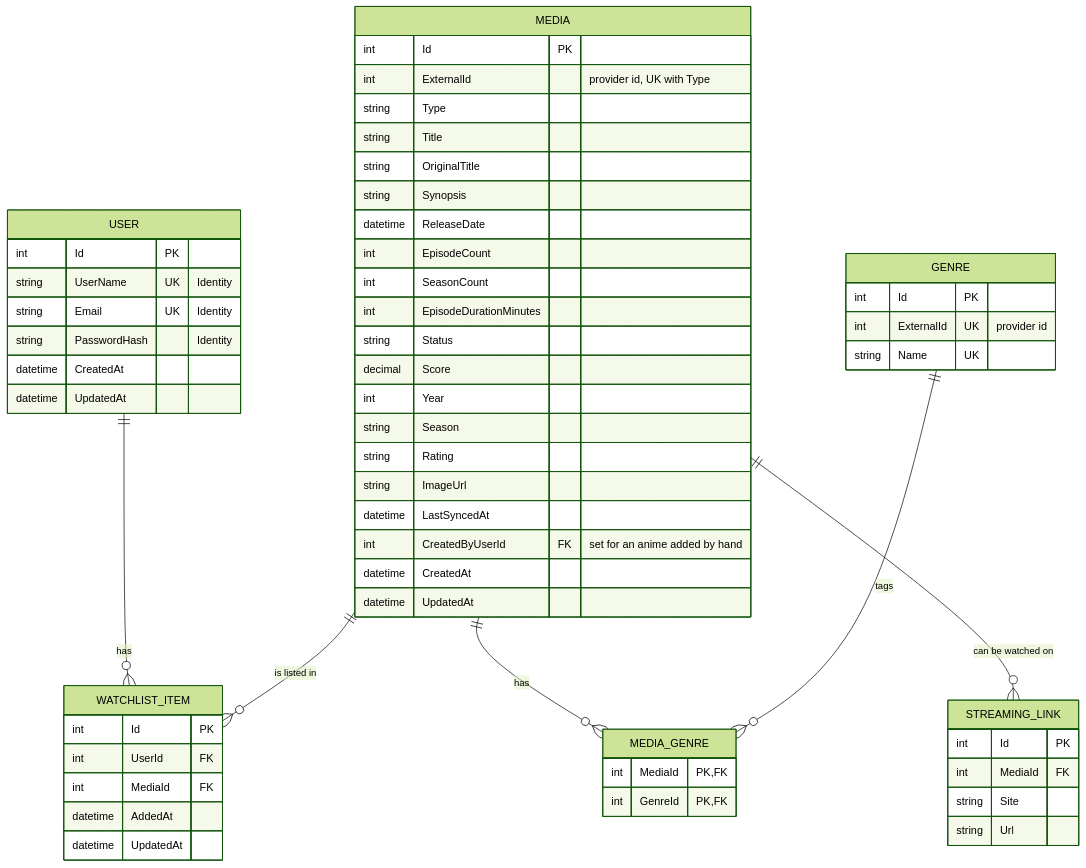
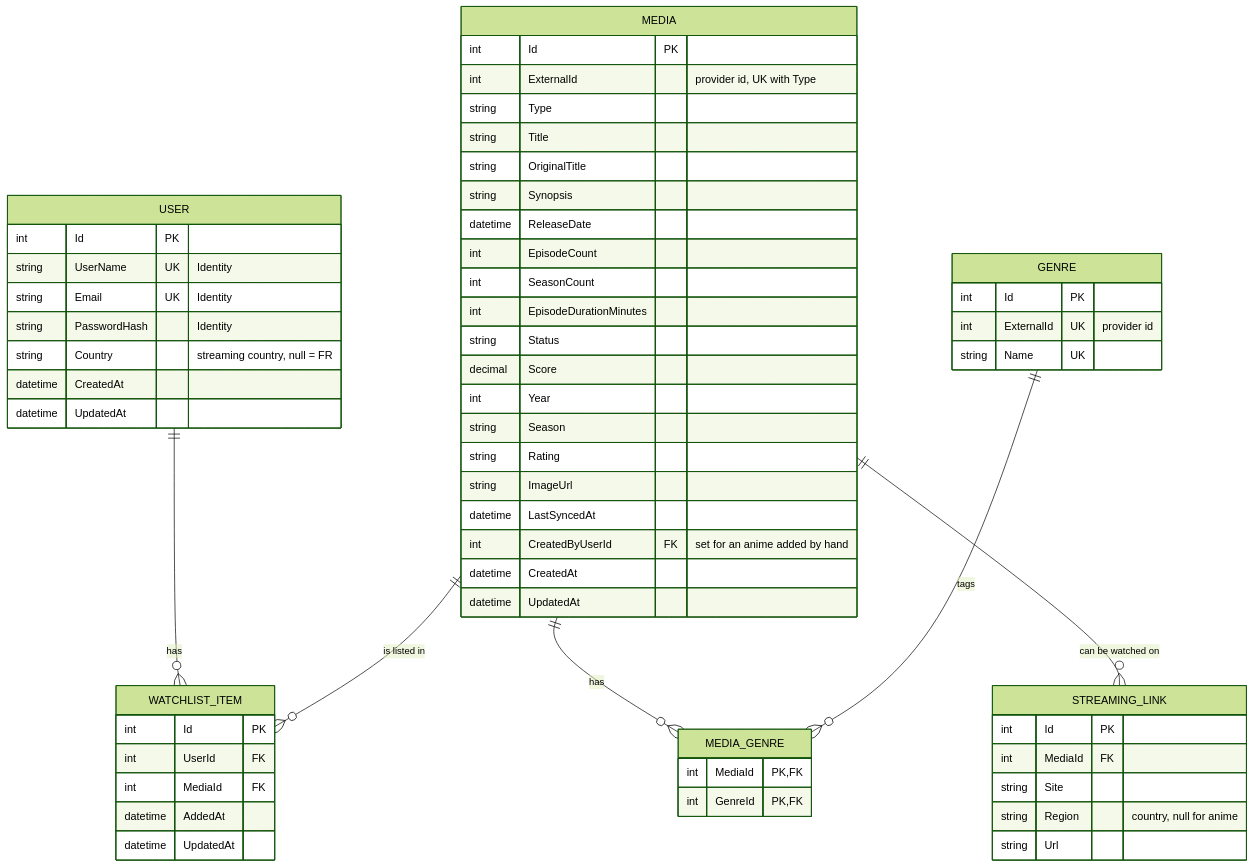
The diagram in docs/DATA_MODEL.md (AlexandreFournier1/WhatchaWatching), drawn with Mermaid (forest theme) before and after one commit. The commit also changed other lines of this file and 106 other files, not shown here.

````diff
--- a/docs/DATA_MODEL.md
+++ b/docs/DATA_MODEL.md
@@ -9,61 +9,63 @@
 ```mermaid
 erDiagram
     USER ||--o{ WATCHLIST_ITEM : has
     MEDIA ||--o{ WATCHLIST_ITEM : "is listed in"
     MEDIA ||--o{ MEDIA_GENRE : has
     MEDIA ||--o{ STREAMING_LINK : "can be watched on"
     GENRE ||--o{ MEDIA_GENRE : "tags"
 
     USER {
         int Id PK
         string UserName UK "Identity"
         string Email UK "Identity"
         string PasswordHash "Identity"
+        string Country "streaming country, null = FR"
         datetime CreatedAt
         datetime UpdatedAt
     }
     MEDIA {
         int Id PK
         int ExternalId "provider id, UK with Type"
         string Type
         string Title
         string OriginalTitle
         string Synopsis
         datetime ReleaseDate
         int EpisodeCount
         int SeasonCount
         int EpisodeDurationMinutes
         string Status
         decimal Score
         int Year
         string Season
         string Rating
         string ImageUrl
         datetime LastSyncedAt
         int CreatedByUserId FK "set for an anime added by hand"
         datetime CreatedAt
         datetime UpdatedAt
     }
     GENRE {
         int Id PK
         int ExternalId UK "provider id"
         string Name UK
     }
     STREAMING_LINK {
         int Id PK
         int MediaId FK
         string Site
+        string Region "country, null for anime"
         string Url
     }
     MEDIA_GENRE {
         int MediaId PK, FK
         int GenreId PK, FK
     }
     WATCHLIST_ITEM {
         int Id PK
         int UserId FK
         int MediaId FK
         datetime AddedAt
         datetime UpdatedAt
     }
 ```
````
